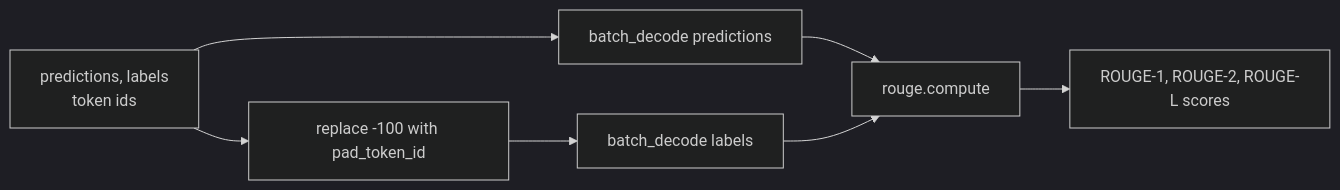
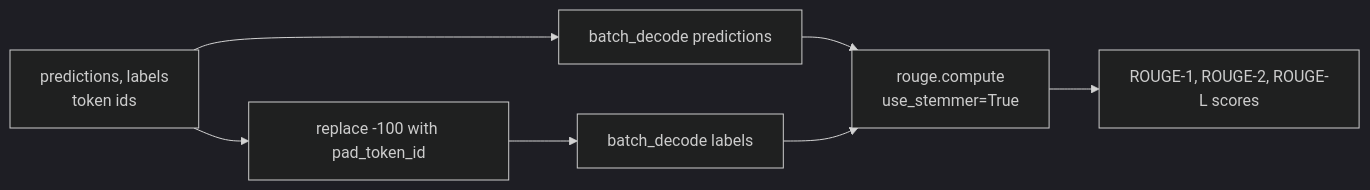
Before and after one commit to coderleonardo/ai-engineering-path: the third of 5 diagrams in gen-ai-and-llms/09-legal-assistant-llm-finetuning/README.md, drawn with Mermaid (dark theme). The commit also changed other lines of this file and 1 other file, not shown here.

````diff
--- a/gen-ai-and-llms/09-legal-assistant-llm-finetuning/README.md
+++ b/gen-ai-and-llms/09-legal-assistant-llm-finetuning/README.md
@@ -126,9 +131,9 @@
 ```mermaid
 flowchart LR
     A["predictions, labels<br/>token ids"] --> B["batch_decode predictions"]
     A --> C["replace -100 with pad_token_id"]
     C --> D["batch_decode labels"]
-    B --> E["rouge.compute"]
+    B --> E["rouge.compute<br/>use_stemmer=True"]
     D --> E
     E --> F["ROUGE-1, ROUGE-2, ROUGE-L scores"]
 ```
````
